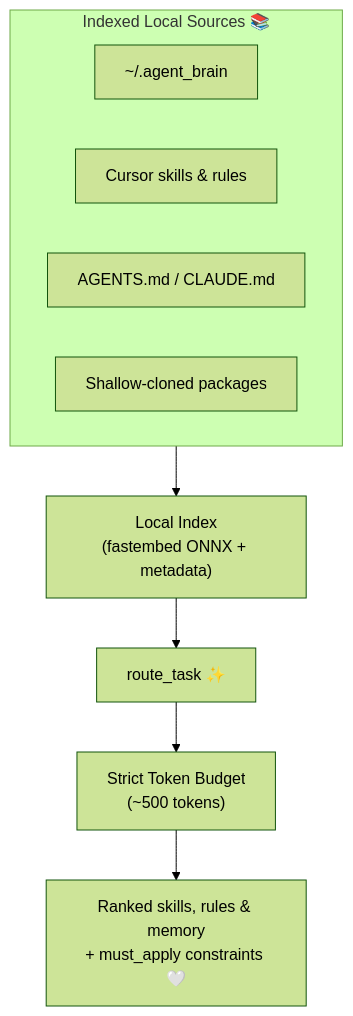
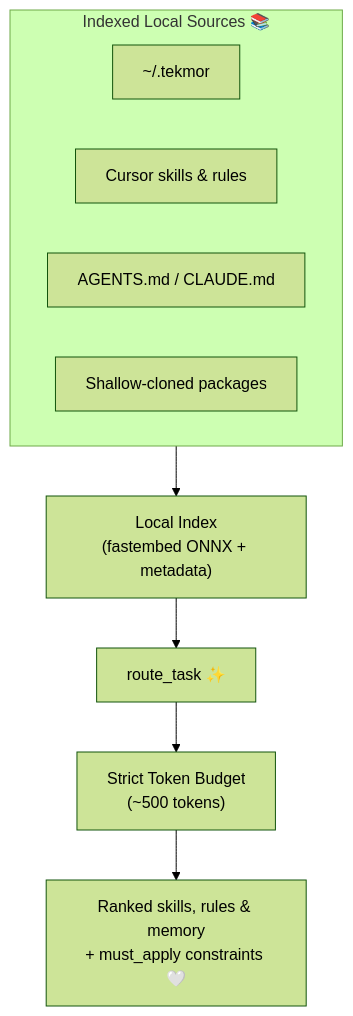
The diagram in src/content/blog/agent-brain-local-mcp-routing.md (abhiudayg/abhiudayg), drawn with Mermaid (forest theme) before and after one commit. The commit also changed other lines of this file and 40 other files, not shown here.

````diff
--- a/src/content/blog/agent-brain-local-mcp-routing.md
+++ b/src/content/blog/agent-brain-local-mcp-routing.md
@@ -37,19 +37,19 @@
 ```mermaid
 flowchart TB
   subgraph sources["Indexed Local Sources 📚"]
-    brain["~/.agent_brain"]
+    brain["~/.tekmor"]
     cursor["Cursor skills & rules"]
     repo["AGENTS.md / CLAUDE.md"]
     packages["Shallow-cloned packages"]
   end
 
   index["Local Index\n(fastembed ONNX + metadata)"]
   route["route_task ✨"]
   budget["Strict Token Budget\n(~500 tokens)"]
   output["Ranked skills, rules & memory\n+ must_apply constraints 🤍"]
 
   sources --> index
   index --> route
   route --> budget
   budget --> output
 ```
````
